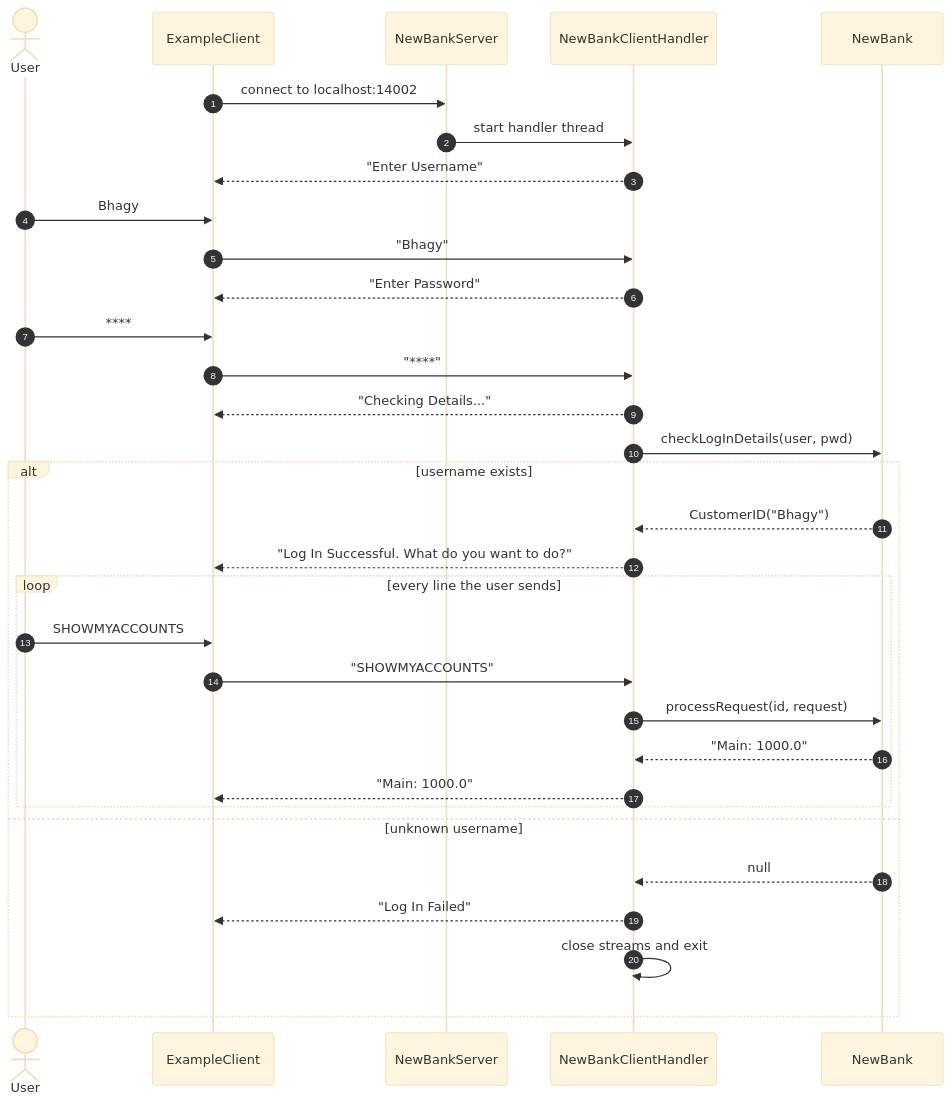
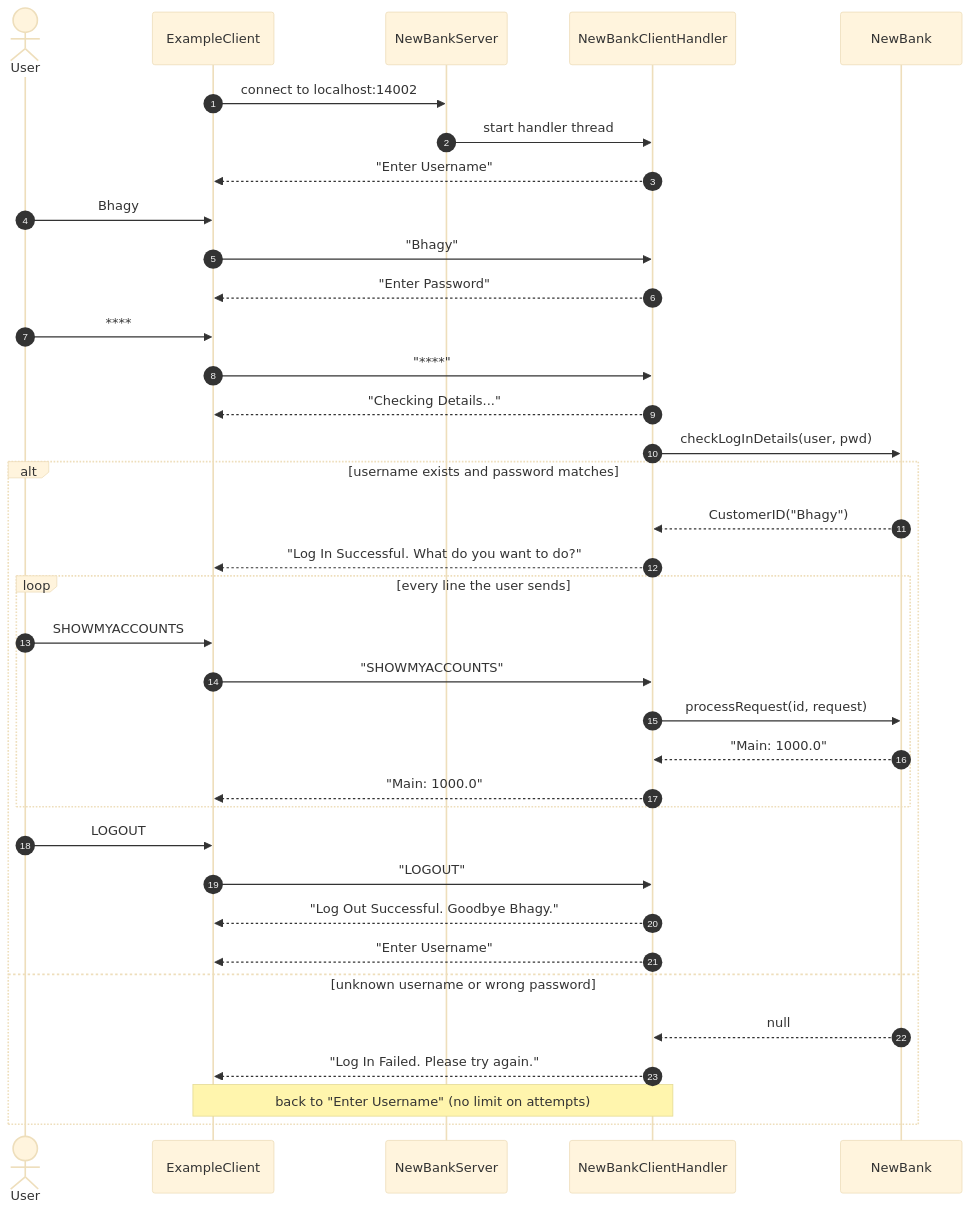
The fourth of 9 diagrams in README.md (jdarguello/bath_new_bank), drawn with Mermaid (base theme) before and after one commit. The commit also changed other lines of this file and 11 other files, not shown here.

````diff
--- a/README.md
+++ b/README.md
@@ -209,35 +365,39 @@
 ```mermaid
 sequenceDiagram
     autonumber
     actor U as User
     participant C as ExampleClient
     participant S as NewBankServer
     participant H as NewBankClientHandler
     participant B as NewBank
 
     C->>S: connect to localhost:14002
     S->>H: start handler thread
     H-->>C: "Enter Username"
     U->>C: Bhagy
     C->>H: "Bhagy"
     H-->>C: "Enter Password"
     U->>C: ****
     C->>H: "****"
     H-->>C: "Checking Details..."
     H->>B: checkLogInDetails(user, pwd)
-    alt username exists
+    alt username exists and password matches
         B-->>H: CustomerID("Bhagy")
         H-->>C: "Log In Successful. What do you want to do?"
         loop every line the user sends
             U->>C: SHOWMYACCOUNTS
             C->>H: "SHOWMYACCOUNTS"
             H->>B: processRequest(id, request)
             B-->>H: "Main: 1000.0"
             H-->>C: "Main: 1000.0"
         end
-    else unknown username
+        U->>C: LOGOUT
+        C->>H: "LOGOUT"
+        H-->>C: "Log Out Successful. Goodbye Bhagy."
+        H-->>C: "Enter Username"
+    else unknown username or wrong password
         B-->>H: null
-        H-->>C: "Log In Failed"
-        H->>H: close streams and exit
+        H-->>C: "Log In Failed. Please try again."
+        Note over C,H: back to "Enter Username" (no limit on attempts)
     end
 ```
````
